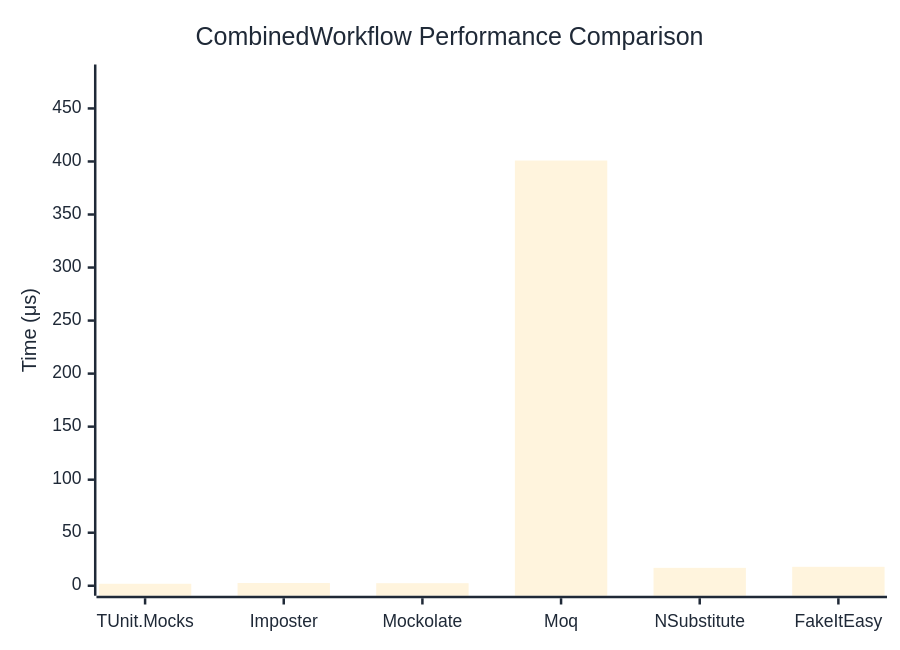
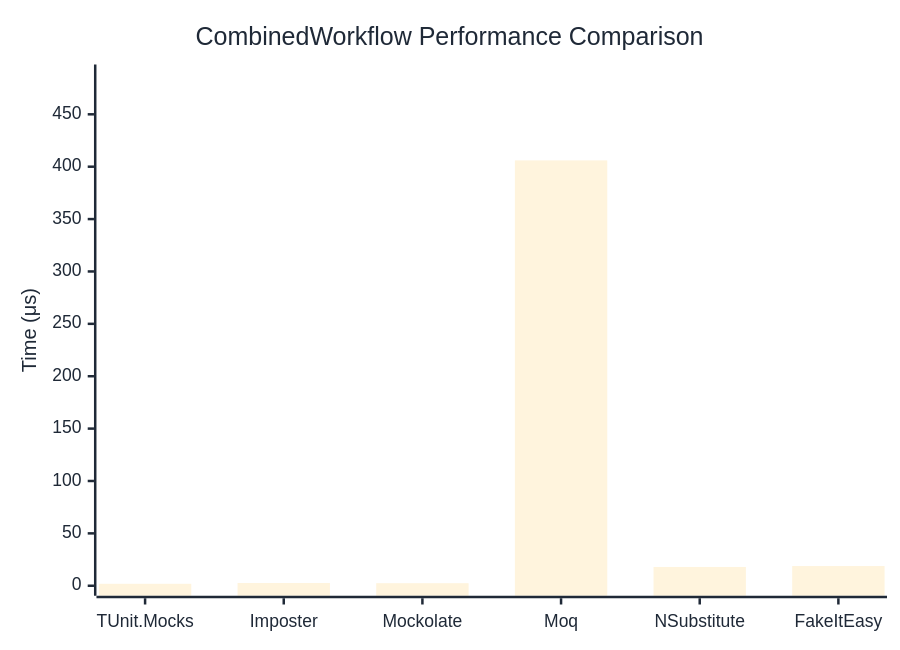
The diagram in docs/docs/benchmarks/mocks/CombinedWorkflow.md (thomhurst/TUnit), drawn with Mermaid before and after one commit. The commit also changed other lines of this file and 14 other files, not shown here.

````diff
--- a/docs/docs/benchmarks/mocks/CombinedWorkflow.md
+++ b/docs/docs/benchmarks/mocks/CombinedWorkflow.md
@@ -28,27 +28,27 @@
 ```mermaid
 %%{init: {
   'theme':'base',
   'themeVariables': {
     'primaryColor': '#2563eb',
     'primaryTextColor': '#1f2937',
     'primaryBorderColor': '#1e40af',
     'lineColor': '#6b7280',
     'secondaryColor': '#7c3aed',
     'tertiaryColor': '#dc2626',
     'background': '#ffffff',
     'pie1': '#2563eb',
     'pie2': '#7c3aed',
     'pie3': '#dc2626',
     'pie4': '#f59e0b',
     'pie5': '#10b981',
     'pie6': '#06b6d4',
     'pie7': '#ec4899',
     'pie8': '#6366f1'
   }
 }}%%
 xychart-beta
   title "CombinedWorkflow Performance Comparison"
   x-axis ["TUnit.Mocks", "Imposter", "Mockolate", "Moq", "NSubstitute", "FakeItEasy"]
-  y-axis "Time (μs)" 0 --> 482
-  bar [1.866, 2.568, 2.42, 400.893, 16.879, 17.839]
+  y-axis "Time (μs)" 0 --> 488
+  bar [1.859, 2.61, 2.432, 406.019, 17.939, 18.81]
 ```
````
